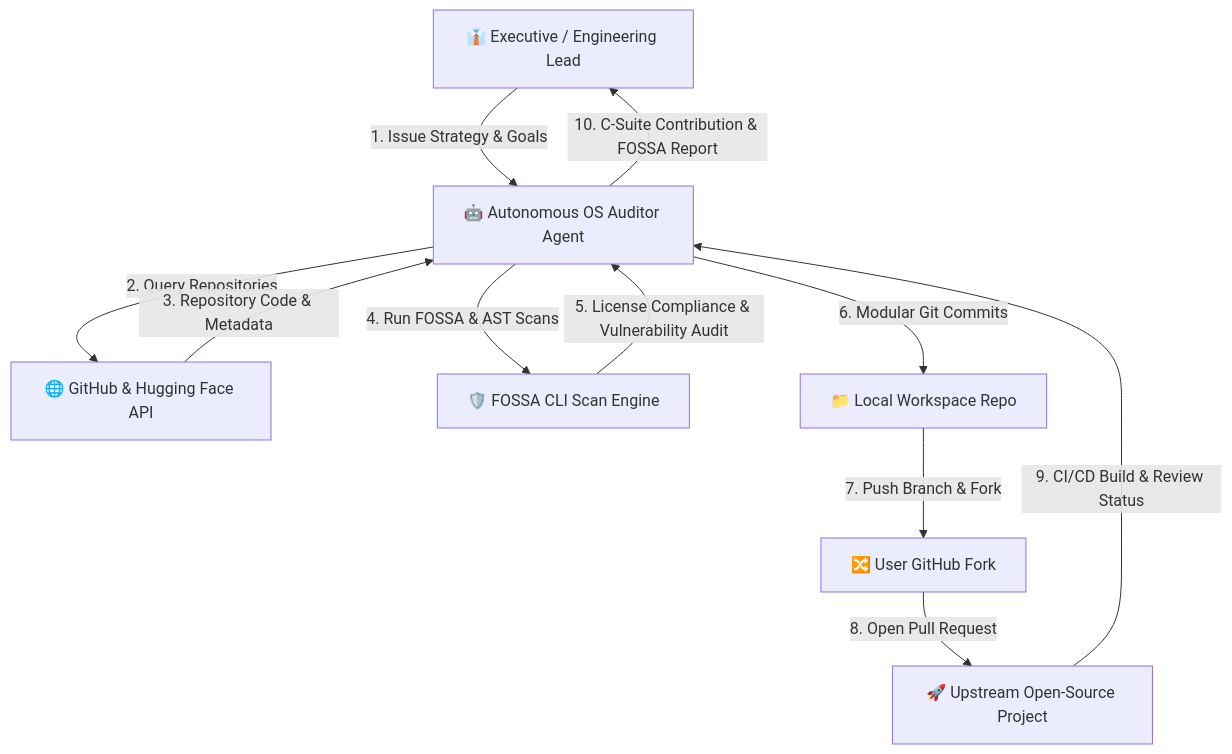
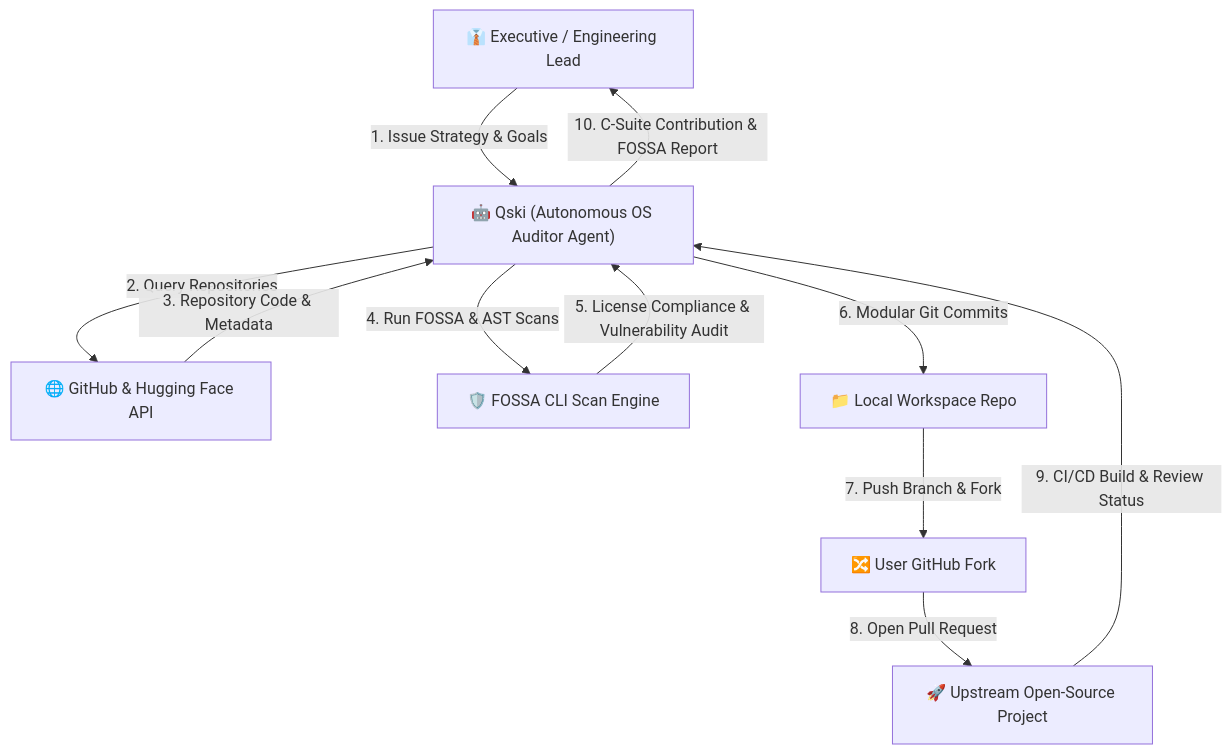
The first of 2 diagrams in README.md (samuelQUANSAH/daily-open-source-contributions), drawn with Mermaid before and after one commit. The commit also changed other lines of this file and 2 other files, not shown here.

Commit message:
docs(qski): auto-update daily contribution reports for 2026-09-22

````diff
--- a/README.md
+++ b/README.md
@@ -84,13 +84,13 @@
 ```mermaid
 graph TD
-    User["👔 Executive / Engineering Lead"] -->|1. Issue Strategy & Goals| Agent["🤖 Autonomous OS Auditor Agent"]
-    Agent -->|2. Query Repositories| GitHubHF["🌐 GitHub & Hugging Face API"]
-    GitHubHF -->|3. Repository Code & Metadata| Agent
-    Agent -->|4. Run FOSSA & AST Scans| FossaEngine["🛡️ FOSSA CLI Scan Engine"]
-    FossaEngine -->|5. License Compliance & Vulnerability Audit| Agent
-    Agent -->|6. Modular Git Commits| LocalRepo["📁 Local Workspace Repo"]
+    User["👔 Executive / Engineering Lead"] -->|1. Issue Strategy & Goals| Qski["🤖 Qski (Autonomous OS Auditor Agent)"]
+    Qski -->|2. Query Repositories| GitHubHF["🌐 GitHub & Hugging Face API"]
+    GitHubHF -->|3. Repository Code & Metadata| Qski
+    Qski -->|4. Run FOSSA & AST Scans| FossaEngine["🛡️ FOSSA CLI Scan Engine"]
+    FossaEngine -->|5. License Compliance & Vulnerability Audit| Qski
+    Qski -->|6. Modular Git Commits| LocalRepo["📁 Local Workspace Repo"]
     LocalRepo -->|7. Push Branch & Fork| ForkRepo["🔀 User GitHub Fork"]
     ForkRepo -->|8. Open Pull Request| Upstream["🚀 Upstream Open-Source Project"]
-    Upstream -->|9. CI/CD Build & Review Status| Agent
-    Agent -->|10. C-Suite Contribution & FOSSA Report| User
+    Upstream -->|9. CI/CD Build & Review Status| Qski
+    Qski -->|10. C-Suite Contribution & FOSSA Report| User
 ```
````
